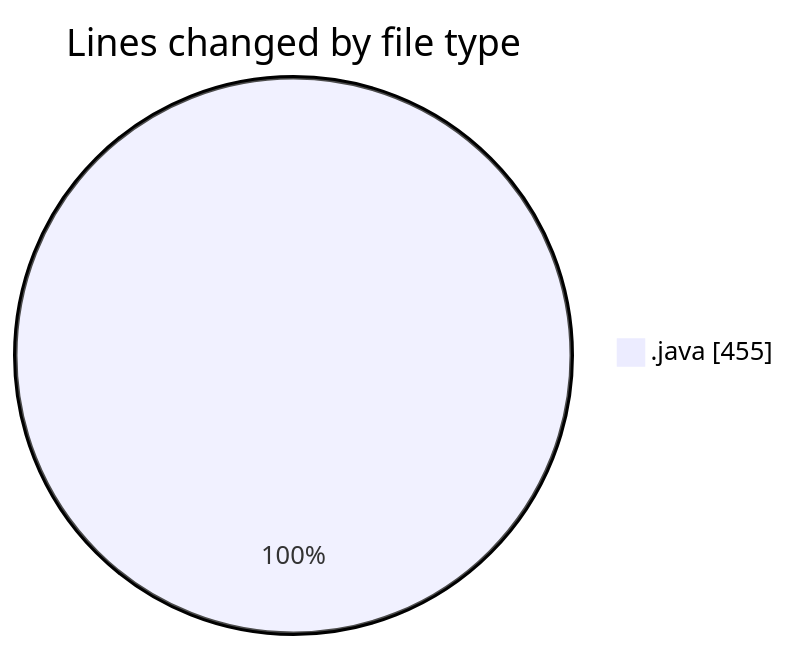
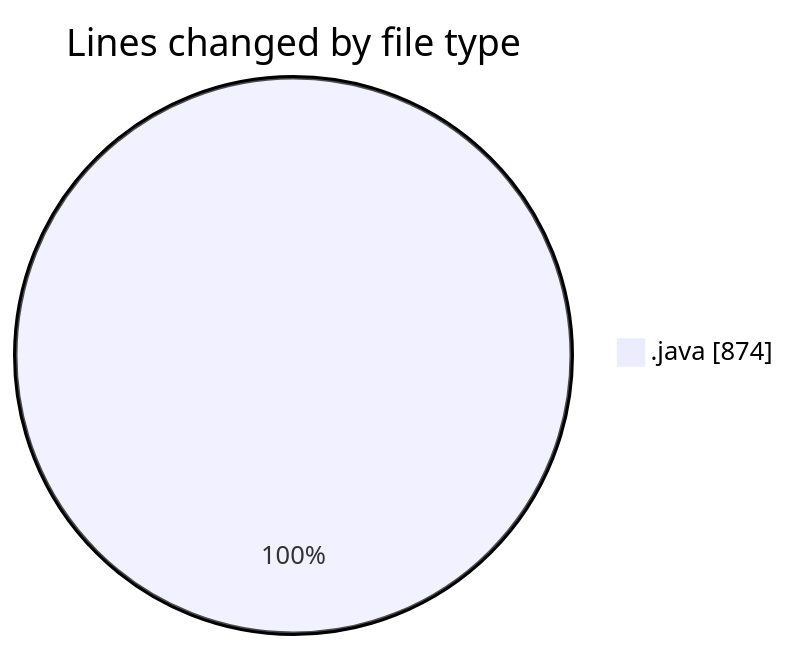
Before and after one commit to Elitesun/code-tracking: the first of 2 diagrams in 2025-02-20/projet/README.md, drawn with Mermaid. The commit also changed other lines of this file and 1 other file, not shown here.

````diff
--- a/2025-02-20/projet/README.md
+++ b/2025-02-20/projet/README.md
@@ -22,5 +24,5 @@
 ```mermaid
 pie showData
 title Lines changed by file type
-".java" : 455
+".java" : 874
 ```
````
